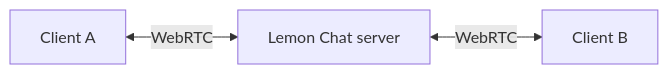
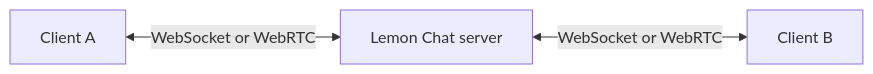
One commit to azc5OQ/lemon-chat changed the diagram in docs/webrtc.md. Above: the diagram before and after it, drawn with Mermaid. The commit also changed other lines of this file and 7 other files, not shown here.

````diff
--- a/docs/webrtc.md
+++ b/docs/webrtc.md
@@ -33,5 +29,5 @@
 ```mermaid
 flowchart LR
-    ClientA["Client A"] <-->|"WebRTC"| Server["Lemon Chat server"]
-    Server <-->|"WebRTC"| ClientB["Client B"]
+    ClientA["Client A"] <-->|"WebSocket or WebRTC"| Server["Lemon Chat server"]
+    Server <-->|"WebSocket or WebRTC"| ClientB["Client B"]
 ```
````
